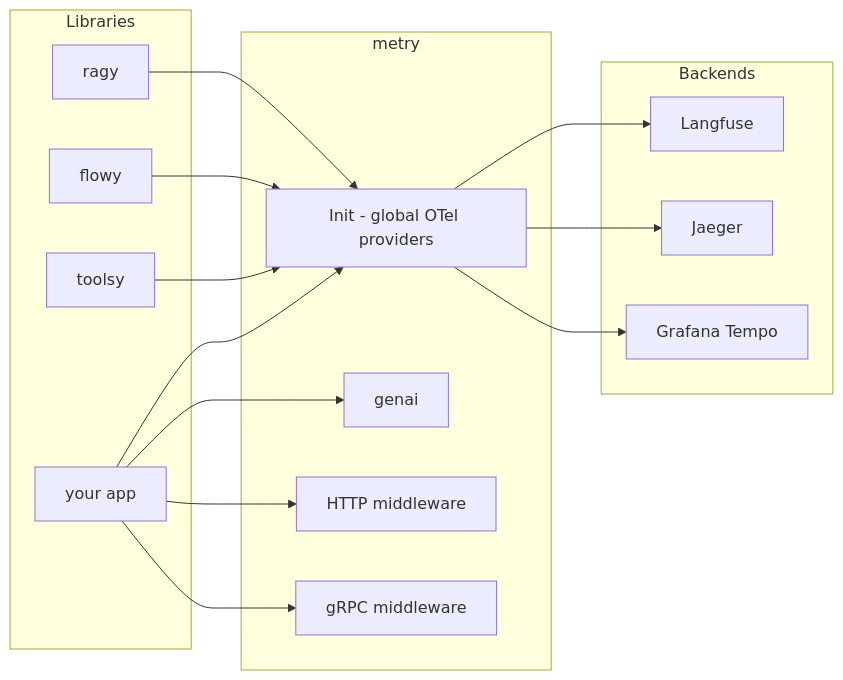
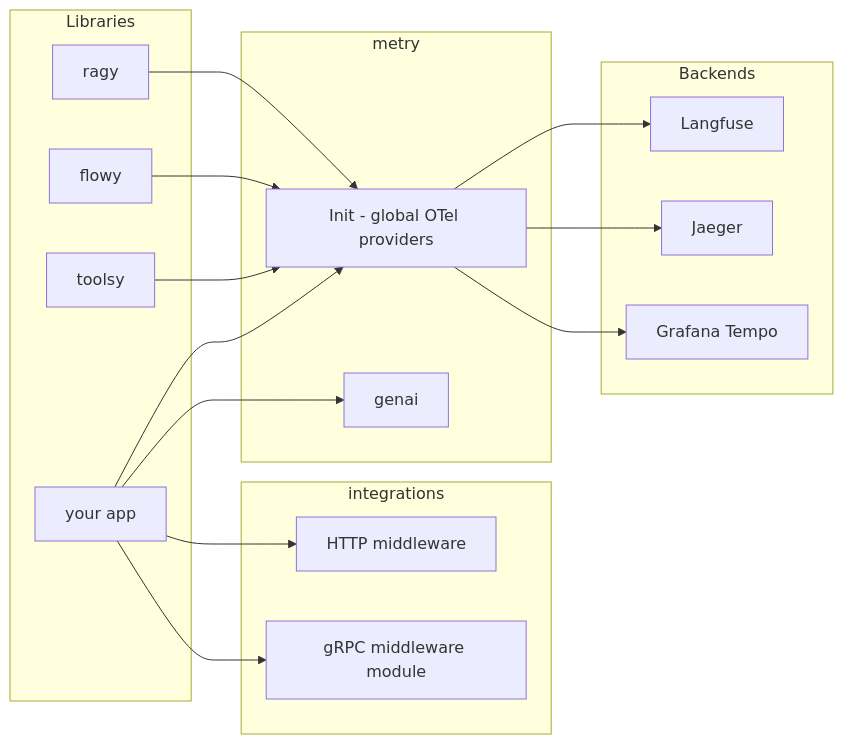
Before and after one commit to skosovsky/metry: the diagram in README.md, drawn with Mermaid. The commit also changed other lines of this file and 30 other files, not shown here.

````diff
--- a/README.md
+++ b/README.md
@@ -21,33 +21,36 @@
 ```mermaid
 graph LR
   subgraph Libraries
     ragy[ragy]
     flowy[flowy]
     toolsy[toolsy]
     app[your app]
   end
 
   subgraph metryPkg [metry]
     metryCore[Init - global OTel providers]
     metryGenAI[genai]
+  end
+
+  subgraph metryIntegrations [integrations]
     metryHTTP[HTTP middleware]
-    metryGRPC[gRPC middleware]
+    metryGRPC[gRPC middleware module]
   end
 
   subgraph Backends
     langfuse[Langfuse]
     jaeger[Jaeger]
     tempo[Grafana Tempo]
   end
 
   ragy --> metryCore
   flowy --> metryCore
   toolsy --> metryCore
   app --> metryCore
   app --> metryGenAI
   app --> metryHTTP
   app --> metryGRPC
   metryCore --> langfuse
   metryCore --> jaeger
   metryCore --> tempo
 ```
````
